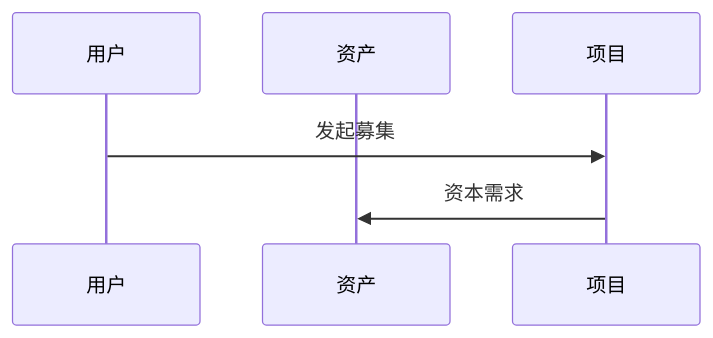
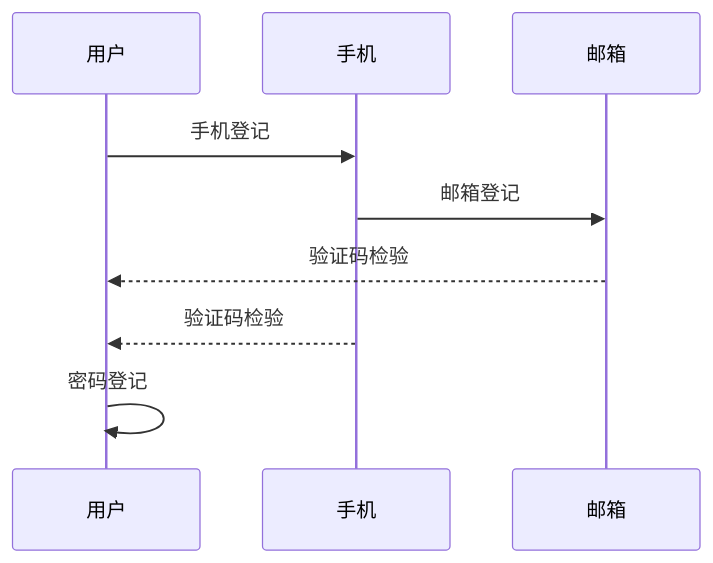
One commit to neomaclin/designdoc changed the second of 6 diagrams in Readme.md. Above: the diagram before and after it, drawn with Mermaid. The commit also changed other lines of this file, not shown here.

````diff
--- a/Readme.md
+++ b/Readme.md
@@ -34,11 +34,14 @@
 ```mermaid
 
 sequenceDiagram
     participant U as 用户
-    participant A as 资产
-    participant P as 项目
+    participant P as 手机
+    participant M as 邮箱
 
-    U->>P: 发起募集
-    P->>A: 资本需求
+    U->>P: 手机登记
+    P->>M: 邮箱登记
+    M-->>U: 验证码检验
+    P-->>U: 验证码检验
+    U->>U: 密码登记
 
 ```
````
